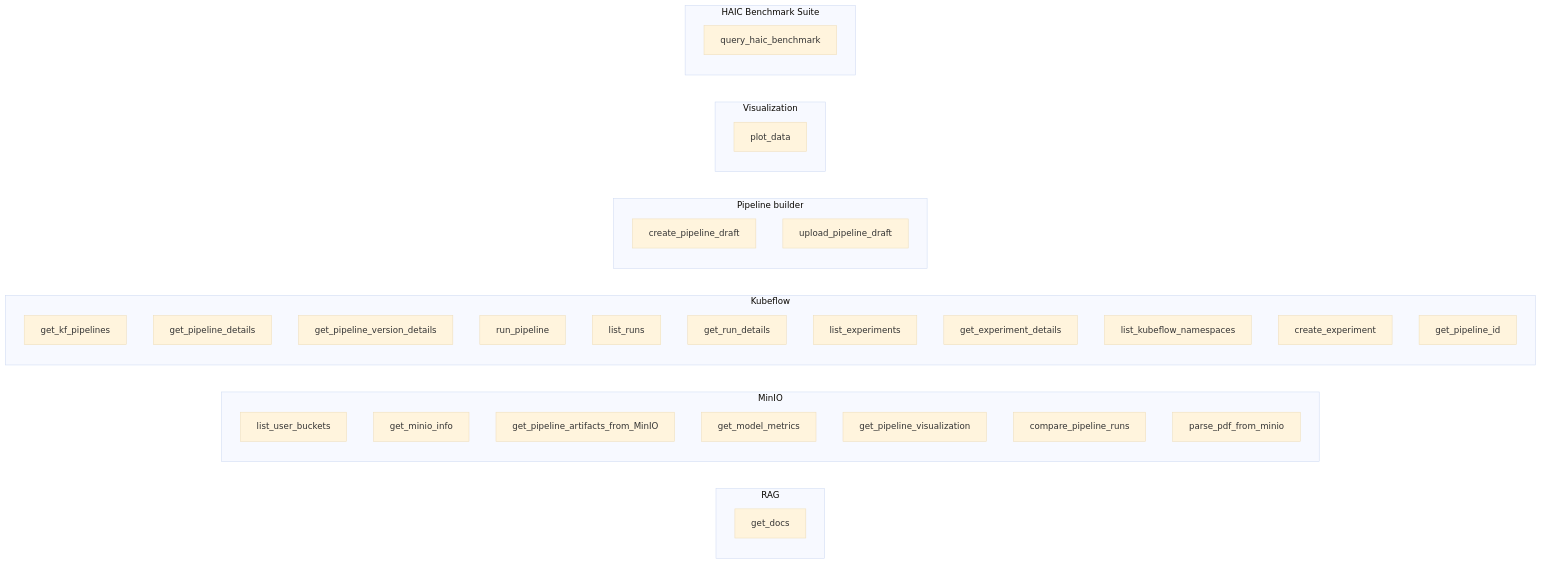
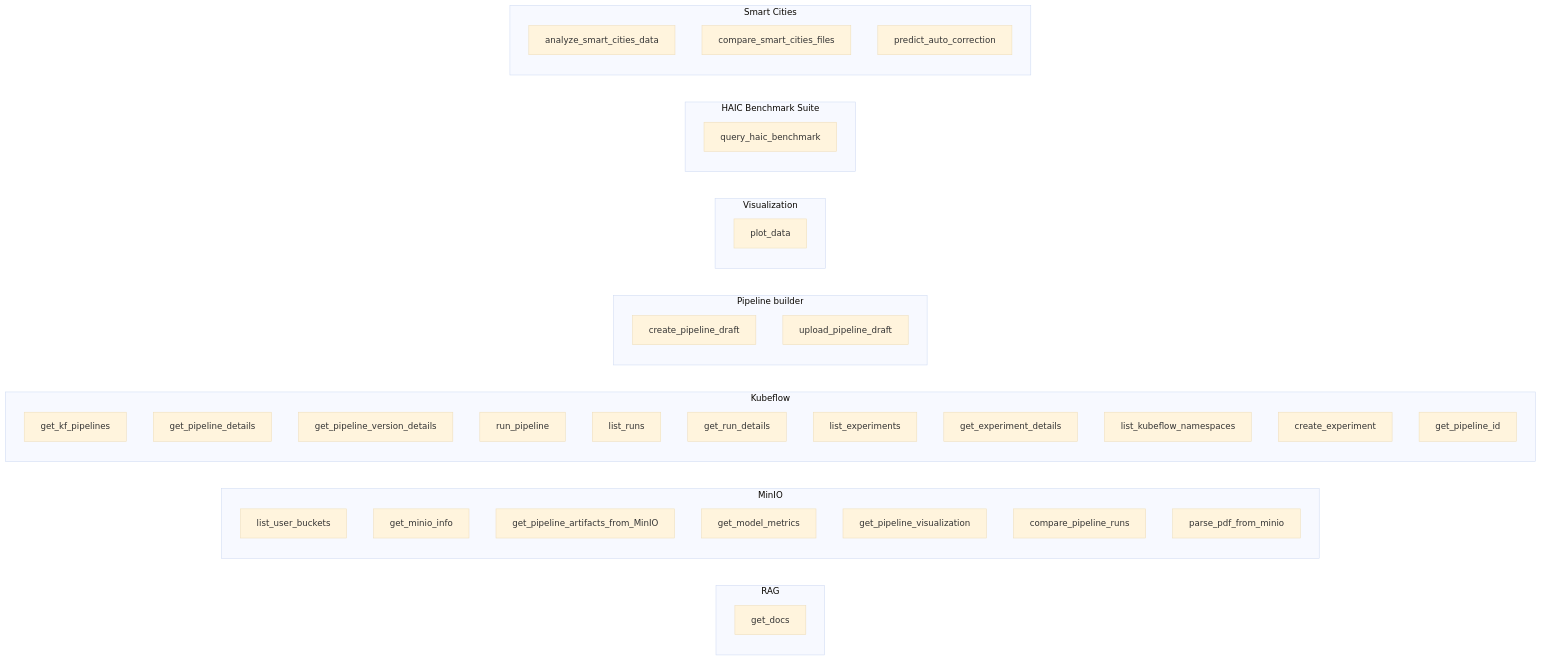
One commit to giorgosfatouros/humaine-swarm changed the diagram in docs/developers/03-agents-and-tools.md. Above: the diagram before and after it, drawn with Mermaid (base theme). The commit also changed other lines of this file and 9 other files, not shown here.

First line of the commit message:
feat(kubeflow): predict auto-correction eligibility from trained models

````diff
--- a/docs/developers/03-agents-and-tools.md
+++ b/docs/developers/03-agents-and-tools.md
@@ -25,38 +25,43 @@
 ```mermaid
 graph LR
     subgraph RAG [RAG]
         get_docs[get_docs]
     end
     subgraph MinIO [MinIO]
         list_user_buckets[list_user_buckets]
         get_minio_info[get_minio_info]
         get_pipeline_artifacts[get_pipeline_artifacts_from_MinIO]
         get_model_metrics[get_model_metrics]
         get_pipeline_visualization[get_pipeline_visualization]
         compare_pipeline_runs[compare_pipeline_runs]
         parse_pdf[parse_pdf_from_minio]
     end
     subgraph Kubeflow [Kubeflow]
         get_kf_pipelines[get_kf_pipelines]
         get_pipeline_details[get_pipeline_details]
         get_pipeline_version_details[get_pipeline_version_details]
         run_pipeline[run_pipeline]
         list_runs[list_runs]
         get_run_details[get_run_details]
         list_experiments[list_experiments]
         get_experiment_details[get_experiment_details]
         list_kubeflow_namespaces[list_kubeflow_namespaces]
         create_experiment[create_experiment]
         get_pipeline_id[get_pipeline_id]
     end
     subgraph Builder [Pipeline builder]
         create_pipeline_draft[create_pipeline_draft]
         upload_pipeline_draft[upload_pipeline_draft]
     end
     subgraph Viz [Visualization]
         plot_data[plot_data]
     end
     subgraph HAIC [HAIC Benchmark Suite]
         query_haic[query_haic_benchmark]
     end
+    subgraph SmartCities [Smart Cities]
+        analyze_sc[analyze_smart_cities_data]
+        compare_sc[compare_smart_cities_files]
+        predict_ac[predict_auto_correction]
+    end
 ```
````
